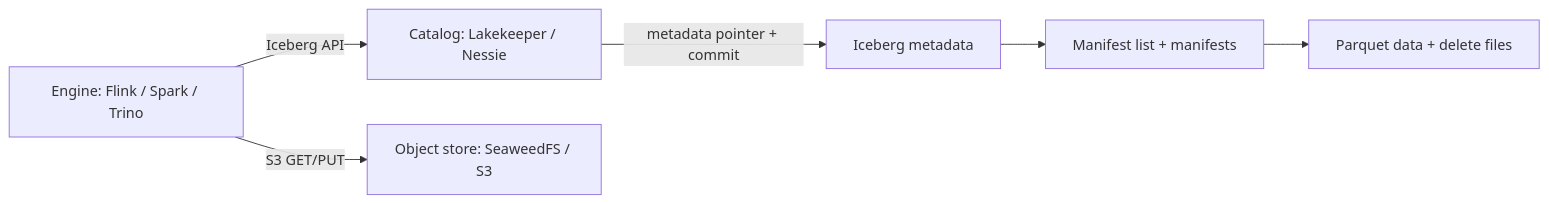
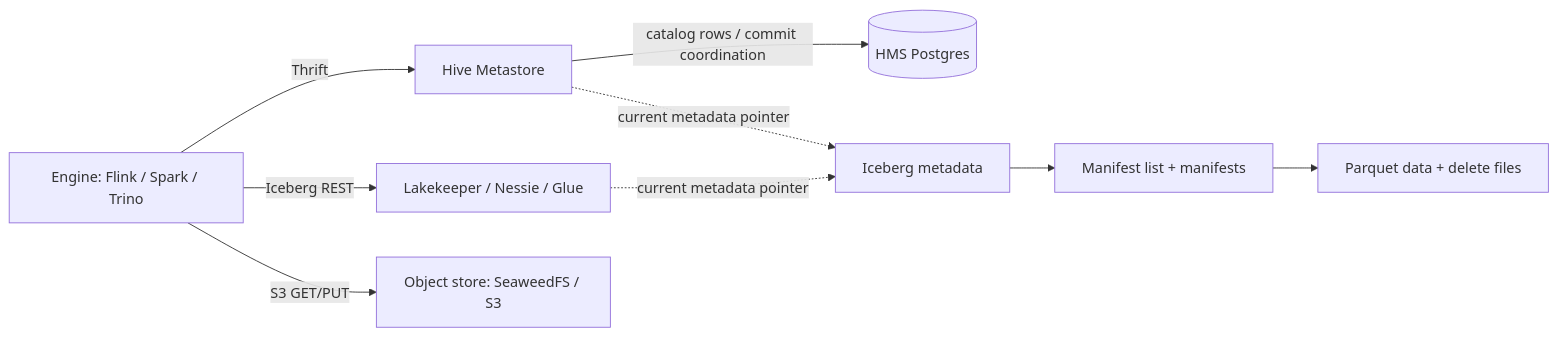
Before and after one commit to PaulKov/de-mentor: the diagram in lessons/lesson-05/docs/README.md, drawn with Mermaid. The commit also changed other lines of this file and 20 other files, not shown here.

Commit message:
Add Hive Metastore Iceberg lesson and lab

````diff
--- a/lessons/lesson-05/docs/README.md
+++ b/lessons/lesson-05/docs/README.md
@@ -34,8 +37,11 @@
 ```mermaid
 flowchart LR
-  E[Engine: Flink / Spark / Trino] -->|Iceberg API| C[Catalog: Lakekeeper / Nessie]
-  C -->|metadata pointer + commit| M[Iceberg metadata]
+  E[Engine: Flink / Spark / Trino] -->|Thrift| H[Hive Metastore]
+  H -->|catalog rows / commit coordination| DB[(HMS Postgres)]
+  E -->|Iceberg REST| L[Lakekeeper / Nessie / Glue]
+  H -.->|current metadata pointer| M[Iceberg metadata]
+  L -.->|current metadata pointer| M
   E -->|S3 GET/PUT| O[Object store: SeaweedFS / S3]
   M --> MF[Manifest list + manifests]
   MF --> D[Parquet data + delete files]
 ```
````
